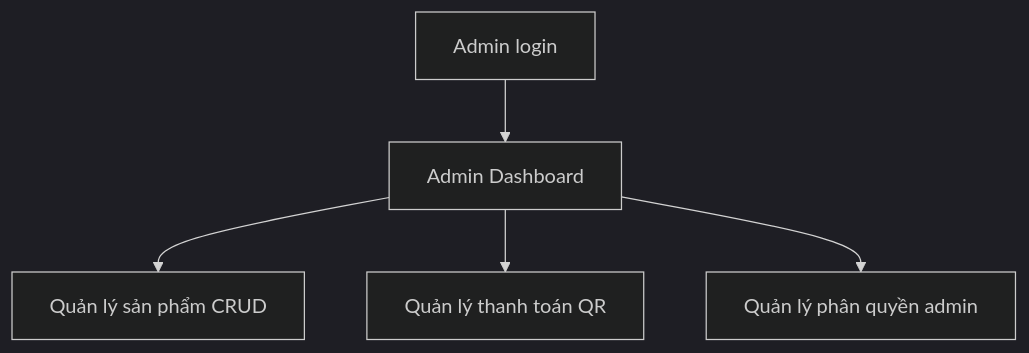
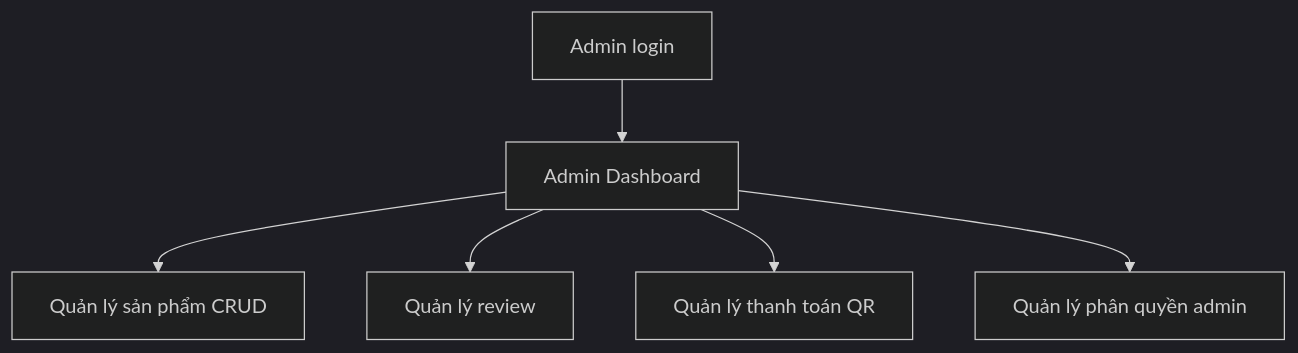
One commit to QuangFabbier/DATN changed the fourth of 6 diagrams in ecommerce/PROJECT_SUMMARY.md. Above: the diagram before and after it, drawn with Mermaid (dark theme). The commit also changed other lines of this file and 27 other files, not shown here.

````diff
--- a/ecommerce/PROJECT_SUMMARY.md
+++ b/ecommerce/PROJECT_SUMMARY.md
@@ -172,7 +188,8 @@
 ```mermaid
 flowchart TD
   A[Admin login] --> B[Admin Dashboard]
   B --> C[Quản lý sản phẩm CRUD]
-  B --> D[Quản lý thanh toán QR]
-  B --> E[Quản lý phân quyền admin]
+  B --> D[Quản lý review]
+  B --> E[Quản lý thanh toán QR]
+  B --> F[Quản lý phân quyền admin]
 ```
````
